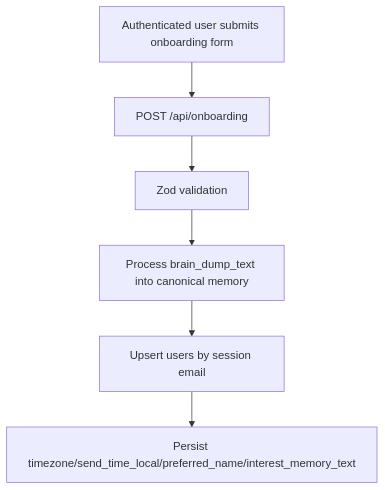
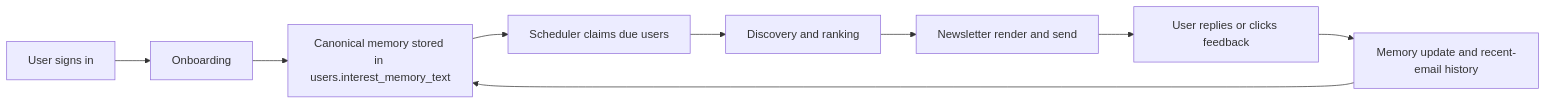
Before and after one commit to coder-2011/no-circles: the first of 3 diagrams in README.md, drawn with Mermaid. The commit also changed other lines of this file, not shown here.

````diff
--- a/README.md
+++ b/README.md
@@ -48,8 +62,11 @@
 ```mermaid
-flowchart TD
-    A[Authenticated user submits onboarding form] --> B[POST /api/onboarding]
-    B --> C[Zod validation]
-    C --> D[Process brain_dump_text into canonical memory]
-    D --> E[Upsert users by session email]
-    E --> F[Persist timezone/send_time_local/preferred_name/interest_memory_text]
+flowchart LR
+    A[User signs in] --> B[Onboarding]
+    B --> C[Canonical memory stored in users.interest_memory_text]
+    C --> D[Scheduler claims due users]
+    D --> E[Discovery and ranking]
+    E --> F[Newsletter render and send]
+    F --> G[User replies or clicks feedback]
+    G --> H[Memory update and recent-email history]
+    H --> C
 ```
````
